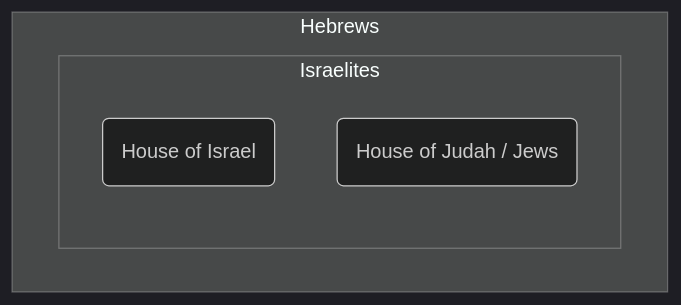
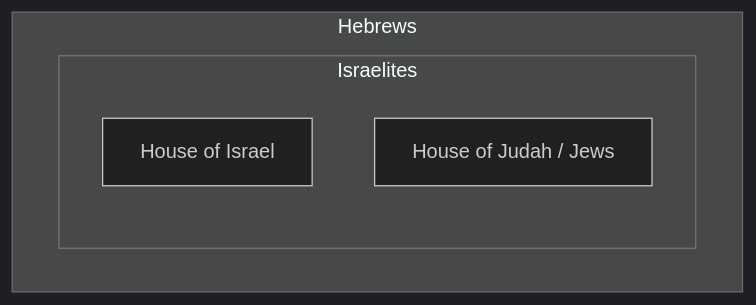
One commit to dane-stevens/israel changed the second of 2 diagrams in pages/terms/who-are-the-hebrews.mdx. Above: the diagram before and after it, drawn with Mermaid (dark theme). The commit also changed other lines of this file and 6 other files, not shown here.

````diff
--- a/pages/terms/who-are-the-hebrews.mdx
+++ b/pages/terms/who-are-the-hebrews.mdx
@@ -103,9 +107,9 @@
 ```mermaid
 flowchart TB
   subgraph Hebrews
     subgraph Israelites
-      israel(House of Israel)
-      judah(House of Judah / Jews)
+      israel[House of Israel]
+      judah[House of Judah / Jews]
     end
   end
 ```
````
